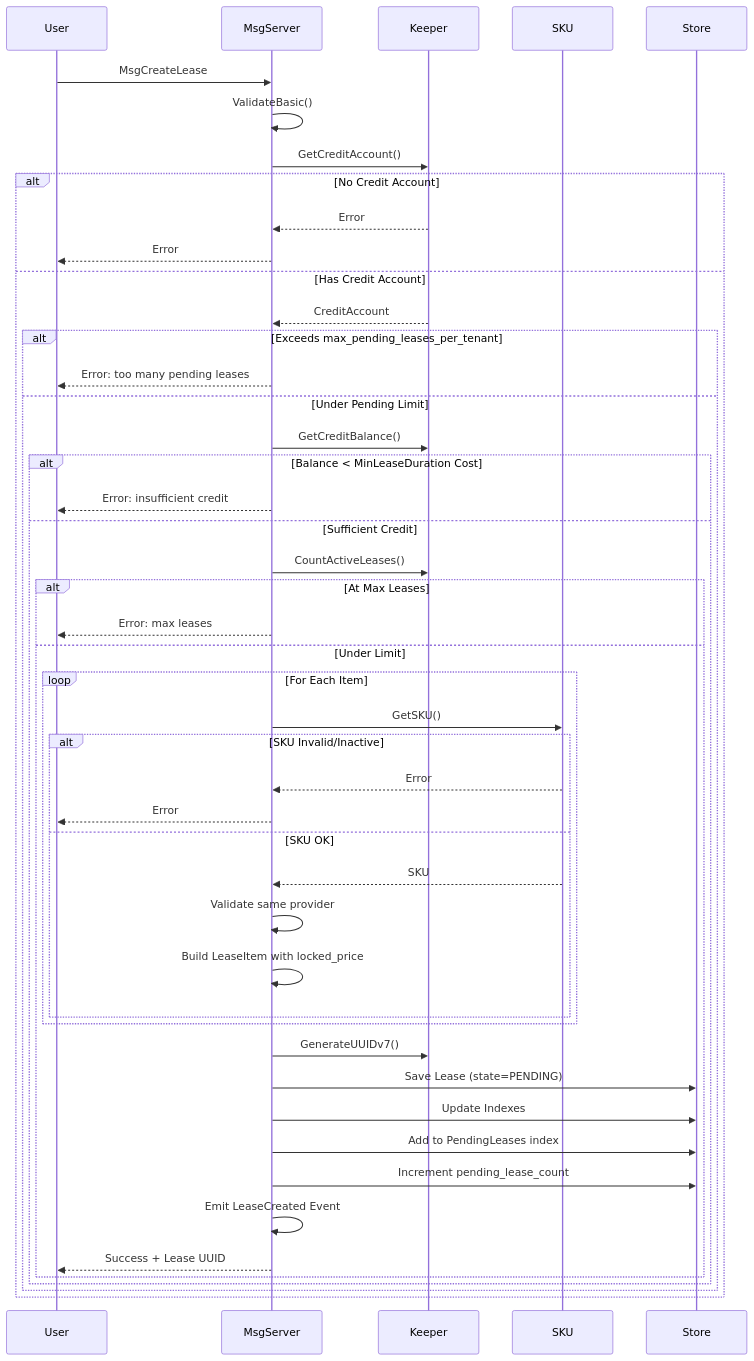
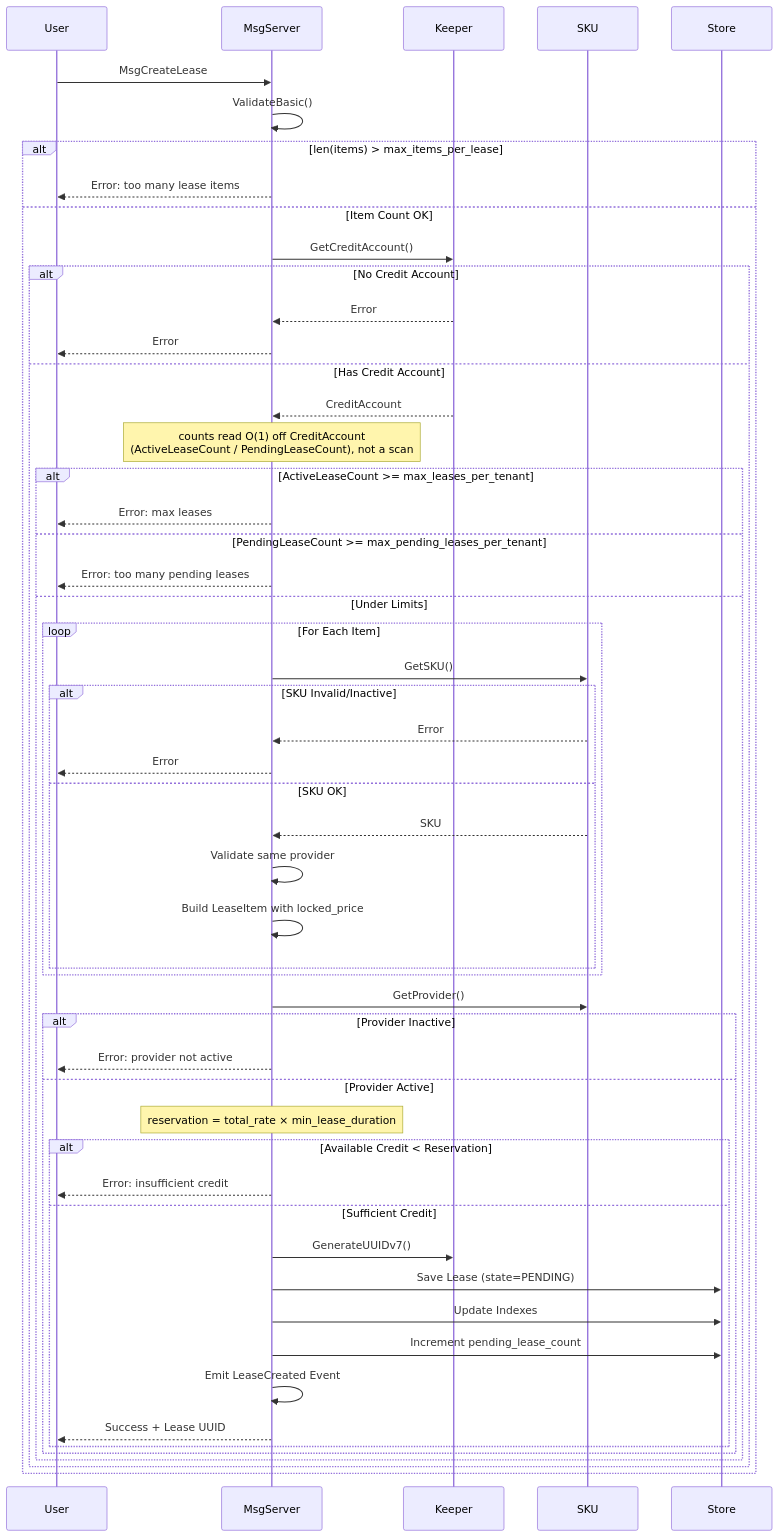
Before and after one commit to manifest-network/manifest-ledger: the sixth of 13 diagrams in x/billing/docs/ARCHITECTURE.md, drawn with Mermaid. The commit also changed other lines of this file and 16 other files, not shown here.

````diff
--- a/x/billing/docs/ARCHITECTURE.md
+++ b/x/billing/docs/ARCHITECTURE.md
@@ -263,55 +266,60 @@
 ```mermaid
 sequenceDiagram
     participant User
     participant MsgServer
     participant Keeper
     participant SKU
     participant Store
     
     User->>MsgServer: MsgCreateLease
     MsgServer->>MsgServer: ValidateBasic()
-    MsgServer->>Keeper: GetCreditAccount()
     
-    alt No Credit Account
-        Keeper-->>MsgServer: Error
-        MsgServer-->>User: Error
-    else Has Credit Account
-        Keeper-->>MsgServer: CreditAccount
+    alt len(items) > max_items_per_lease
+        MsgServer-->>User: Error: too many lease items
+    else Item Count OK
+        MsgServer->>Keeper: GetCreditAccount()
         
-        alt Exceeds max_pending_leases_per_tenant
-            MsgServer-->>User: Error: too many pending leases
-        else Under Pending Limit
-            MsgServer->>Keeper: GetCreditBalance()
+        alt No Credit Account
+            Keeper-->>MsgServer: Error
+            MsgServer-->>User: Error
+        else Has Credit Account
+            Keeper-->>MsgServer: CreditAccount
+            Note over MsgServer: counts read O(1) off CreditAccount<br/>(ActiveLeaseCount / PendingLeaseCount), not a scan
             
-            alt Balance < MinLeaseDuration Cost
-                MsgServer-->>User: Error: insufficient credit
-            else Sufficient Credit
-                MsgServer->>Keeper: CountActiveLeases()
+            alt ActiveLeaseCount >= max_leases_per_tenant
+                MsgServer-->>User: Error: max leases
+            else PendingLeaseCount >= max_pending_leases_per_tenant
+                MsgServer-->>User: Error: too many pending leases
+            else Under Limits
+                loop For Each Item
+                    MsgServer->>SKU: GetSKU()
+                    alt SKU Invalid/Inactive
+                        SKU-->>MsgServer: Error
+                        MsgServer-->>User: Error
+                    else SKU OK
+                        SKU-->>MsgServer: SKU
+                        MsgServer->>MsgServer: Validate same provider
+                        MsgServer->>MsgServer: Build LeaseItem with locked_price
+                    end
+                end
                 
-                alt At Max Leases
-                    MsgServer-->>User: Error: max leases
-                else Under Limit
-                    loop For Each Item
-                        MsgServer->>SKU: GetSKU()
-                        alt SKU Invalid/Inactive
-                            SKU-->>MsgServer: Error
-                            MsgServer-->>User: Error
-                        else SKU OK
-                            SKU-->>MsgServer: SKU
-                            MsgServer->>MsgServer: Validate same provider
-                            MsgServer->>MsgServer: Build LeaseItem with locked_price
-                        end
+                MsgServer->>SKU: GetProvider()
+                alt Provider Inactive
+                    MsgServer-->>User: Error: provider not active
+                else Provider Active
+                    Note over MsgServer: reservation = total_rate × min_lease_duration
+                    alt Available Credit < Reservation
+                        MsgServer-->>User: Error: insufficient credit
+                    else Sufficient Credit
+                        MsgServer->>Keeper: GenerateUUIDv7()
+                        MsgServer->>Store: Save Lease (state=PENDING)
+                        MsgServer->>Store: Update Indexes
+                        MsgServer->>Store: Increment pending_lease_count
+                        MsgServer->>MsgServer: Emit LeaseCreated Event
+                        MsgServer-->>User: Success + Lease UUID
                     end
-                    
-                    MsgServer->>Keeper: GenerateUUIDv7()
-                    MsgServer->>Store: Save Lease (state=PENDING)
-                    MsgServer->>Store: Update Indexes
-                    MsgServer->>Store: Add to PendingLeases index
-                    MsgServer->>Store: Increment pending_lease_count
-                    MsgServer->>MsgServer: Emit LeaseCreated Event
-                    MsgServer-->>User: Success + Lease UUID
                 end
             end
         end
     end
 ```
````
